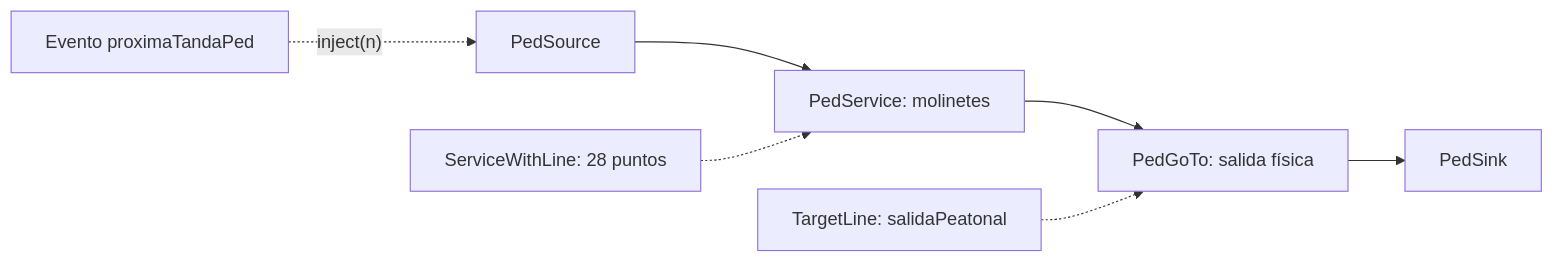
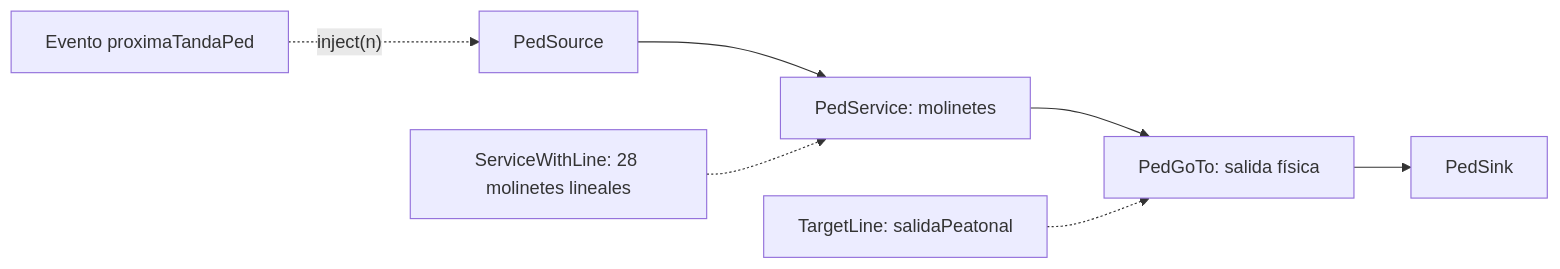
The second of 2 diagrams in materias/SIM/entregables/TPI/subte/02-modelo-anylogic.md (JuanBonadeo/utn_brain), drawn with Mermaid before and after one commit. The commit also changed other lines of this file and 6 other files, not shown here.

First line of the commit message:
SIM: plano hipotético del vestíbulo con molinetes lineales

````diff
--- a/materias/SIM/entregables/TPI/subte/02-modelo-anylogic.md
+++ b/materias/SIM/entregables/TPI/subte/02-modelo-anylogic.md
@@ -215,9 +217,9 @@
 ```mermaid
 flowchart LR
     E[Evento proximaTandaPed] -. "inject(n)" .-> PS[PedSource]
     PS --> SV[PedService: molinetes]
     SV --> GT[PedGoTo: salida física]
     GT --> SK[PedSink]
-    M[ServiceWithLine: 28 puntos] -.-> SV
+    M[ServiceWithLine: 28 molinetes lineales] -.-> SV
     TL[TargetLine: salidaPeatonal] -.-> GT
 ```
````
